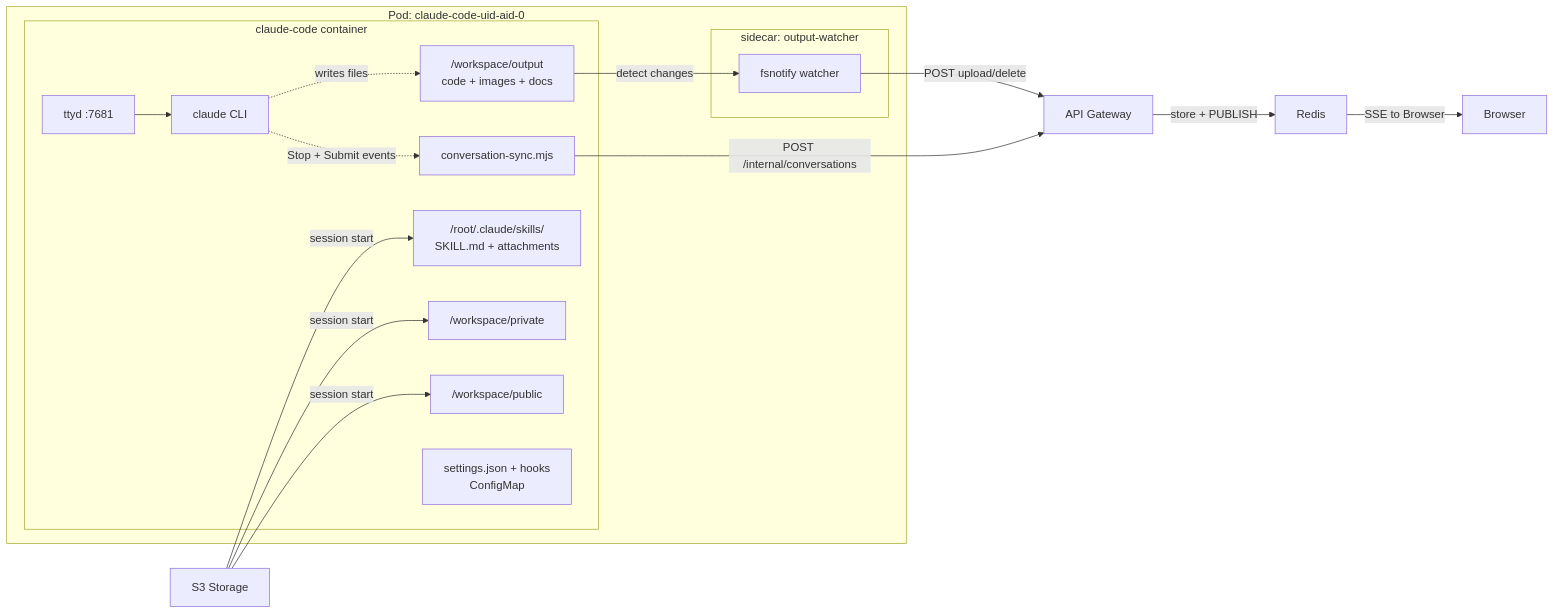
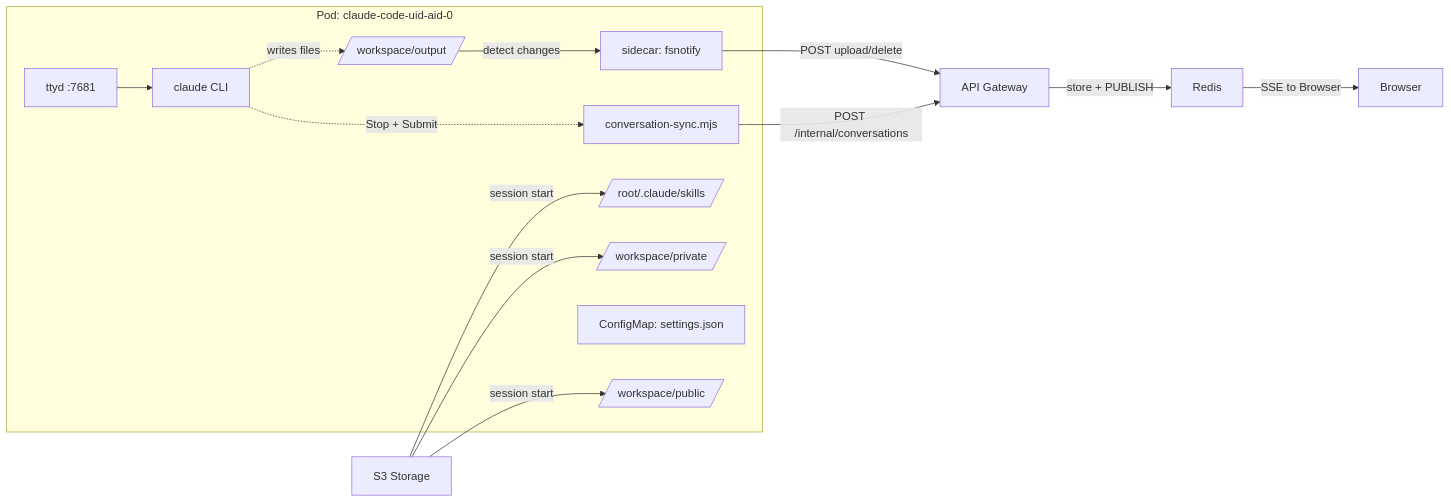
One commit to aireet/sac changed the second of 2 diagrams in README.md. Above: the diagram before and after it, drawn with Mermaid. The commit also changed other lines of this file and 1 other file, not shown here.

First line of the commit message:
fix(docs): simplify mermaid syntax for GitLab 9.1.3 compat

````diff
--- a/README.md
+++ b/README.md
@@ -81,28 +78,24 @@
 ```mermaid
 graph LR
-    subgraph Pod["Pod: claude-code-uid-aid-0"]
-        subgraph Main["claude-code container"]
-            ttyd["ttyd :7681"] --> claude["claude CLI"]
-            Hook["conversation-sync.mjs"]
-            Private["/workspace/private"]
-            Public["/workspace/public"]
-            Output["/workspace/output<br/>code + images + docs"]
-            Skills["/root/.claude/skills/<br/>SKILL.md + attachments"]
-            Settings["settings.json + hooks<br/>ConfigMap"]
-        end
-        subgraph Sidecar["sidecar: output-watcher"]
-            Watcher["fsnotify watcher"]
-        end
+    subgraph AgentPod[Pod: claude-code-uid-aid-0]
+        ttyd[ttyd :7681] --> claude[claude CLI]
+        Hook[conversation-sync.mjs]
+        Private[/workspace/private/]
+        Public[/workspace/public/]
+        Output[/workspace/output/]
+        Skills[/root/.claude/skills/]
+        Settings[ConfigMap: settings.json]
+        Watcher[sidecar: fsnotify]
     end
 
-    claude -.->|"writes files"| Output
-    claude -.->|"Stop + Submit events"| Hook
-    Hook -->|"POST /internal/conversations"| API["API Gateway"]
-    S3["S3 Storage"] -->|"session start"| Skills
-    S3 -->|"session start"| Private
-    S3 -->|"session start"| Public
-    Output -->|"detect changes"| Watcher
-    Watcher -->|"POST upload/delete"| API
-    API -->|"store + PUBLISH"| Redis["Redis"]
-    Redis -->|"SSE to Browser"| Browser["Browser"]
+    claude -.->|writes files| Output
+    claude -.->|Stop + Submit| Hook
+    Hook -->|POST /internal/conversations| API[API Gateway]
+    S3[S3 Storage] -->|session start| Skills
+    S3 -->|session start| Private
+    S3 -->|session start| Public
+    Output -->|detect changes| Watcher
+    Watcher -->|POST upload/delete| API
+    API -->|store + PUBLISH| Redis[Redis]
+    Redis -->|SSE to Browser| Browser[Browser]
 ```
````
